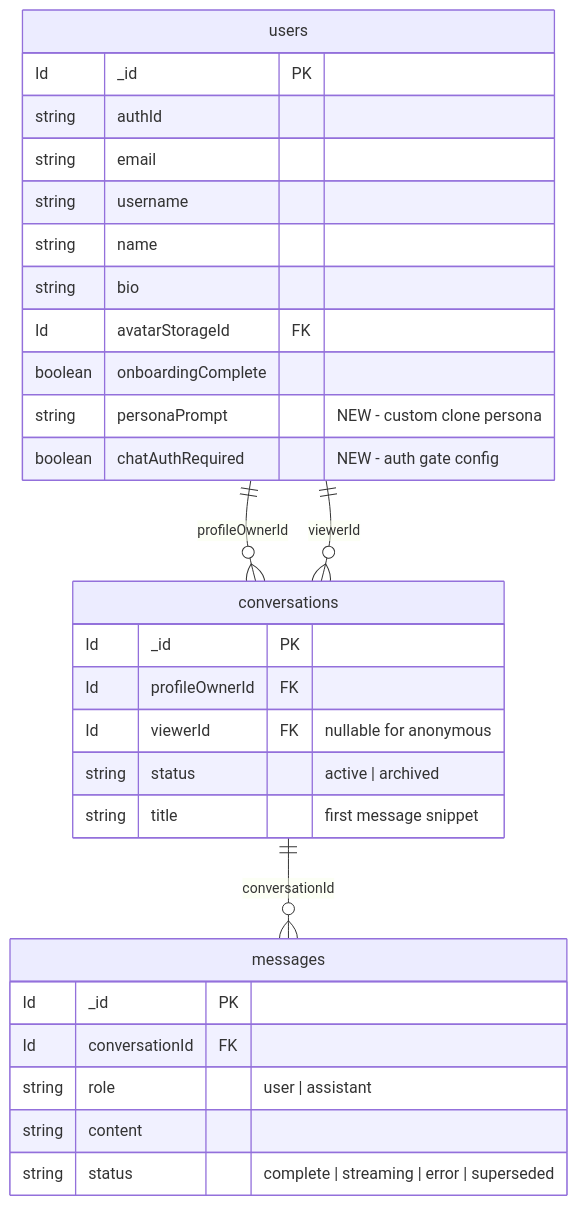
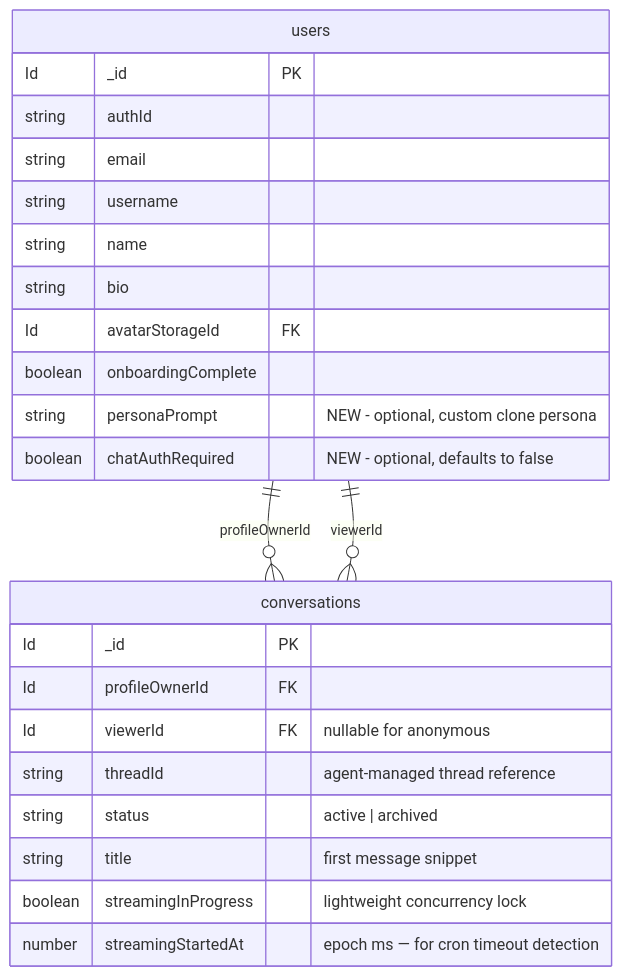
Before and after one commit to hpark0011/feel-good: the diagram in docs/plans/2026-02-28-feat-chat-thread-digital-clone-plan.md, drawn with Mermaid. The commit also changed other lines of this file, not shown here.

First line of the commit message:
docs(plan): resolve 12 review findings on chat thread plan

````diff
--- a/docs/plans/2026-02-28-feat-chat-thread-digital-clone-plan.md
+++ b/docs/plans/2026-02-28-feat-chat-thread-digital-clone-plan.md
@@ -60,32 +60,27 @@
 ```mermaid
 erDiagram
     users {
         Id _id PK
         string authId
         string email
         string username
         string name
         string bio
         Id avatarStorageId FK
         boolean onboardingComplete
-        string personaPrompt "NEW - custom clone persona"
-        boolean chatAuthRequired "NEW - auth gate config"
+        string personaPrompt "NEW - optional, custom clone persona"
+        boolean chatAuthRequired "NEW - optional, defaults to false"
     }
     conversations {
         Id _id PK
         Id profileOwnerId FK
         Id viewerId FK "nullable for anonymous"
+        string threadId "agent-managed thread reference"
         string status "active | archived"
         string title "first message snippet"
-    }
-    messages {
-        Id _id PK
-        Id conversationId FK
-        string role "user | assistant"
-        string content
-        string status "complete | streaming | error | superseded"
+        boolean streamingInProgress "lightweight concurrency lock"
+        number streamingStartedAt "epoch ms — for cron timeout detection"
     }
     users ||--o{ conversations : "profileOwnerId"
     users ||--o{ conversations : "viewerId"
-    conversations ||--o{ messages : "conversationId"
 ```
````
